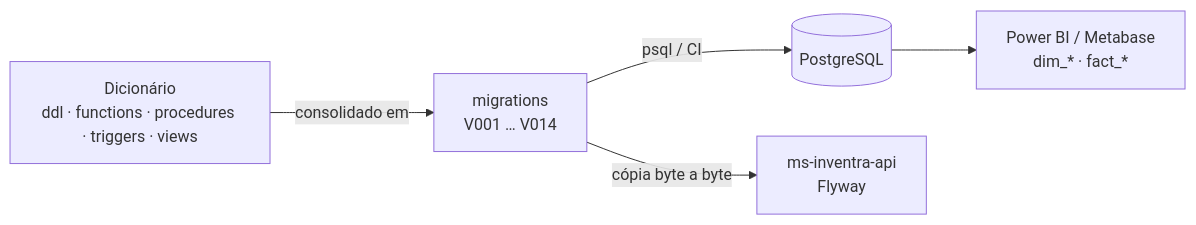
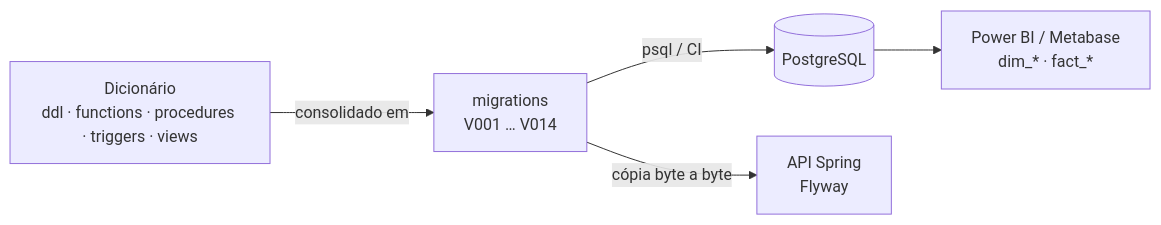
One commit to InventraTech/inventra-data-modeling-2 changed the second of 2 diagrams in README.md. Above: the diagram before and after it, drawn with Mermaid. The commit also changed other lines of this file and 27 other files, not shown here.

````diff
--- a/README.md
+++ b/README.md
@@ -46,7 +103,7 @@
 ```mermaid
 flowchart LR
     D["Dicionário<br/>ddl · functions · procedures · triggers · views"] -->|consolidado em| M["migrations<br/>V001 … V014"]
     M -->|psql / CI| DB[("PostgreSQL")]
-    M -->|cópia byte a byte| API["ms-inventra-api<br/>Flyway"]
+    M -->|cópia byte a byte| API["API Spring<br/>Flyway"]
     DB --> BI["Power BI / Metabase<br/>dim_* · fact_*"]
 ```
````
